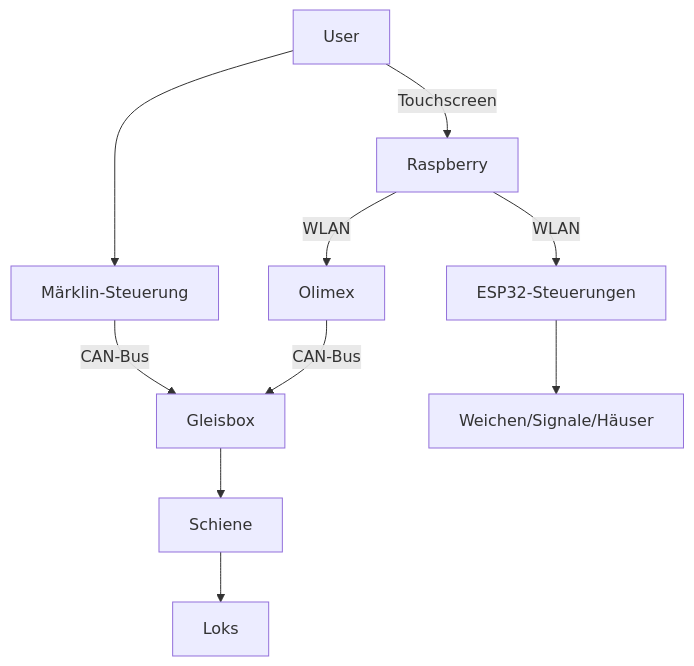
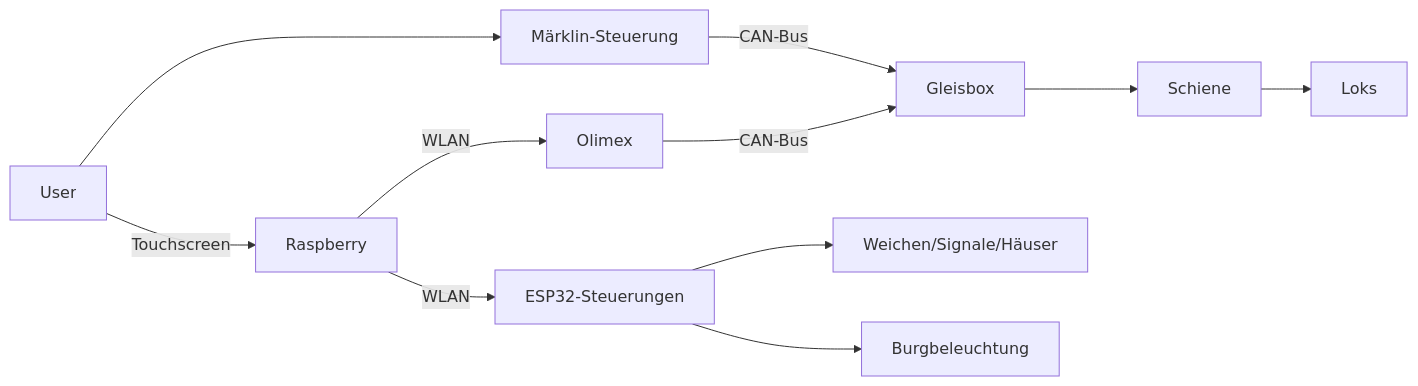
The diagram in README.md (BBBys/Bahnsteuerung), drawn with Mermaid before and after one commit. The commit also changed other lines of this file, not shown here.

````diff
--- a/README.md
+++ b/README.md
@@ -12,13 +12,14 @@
 ```mermaid
-flowchart TD
-    User-->|Touchscreen| Raspberry
+flowchart LR
+    User-->|Touchscreen| Raspberry 
     User-->Märklin-Steuerung
     Raspberry-->|WLAN| Olimex;
     Olimex-->|CAN-Bus| Gleisbox
     Märklin-Steuerung-->|CAN-Bus| Gleisbox
     Gleisbox-->Schiene
     Schiene-->Loks
     Raspberry-->|WLAN| ESP32-Steuerungen
     ESP32-Steuerungen-->Weichen/Signale/Häuser
+    ESP32-Steuerungen-->Burgbeleuchtung
   
 ```
````
